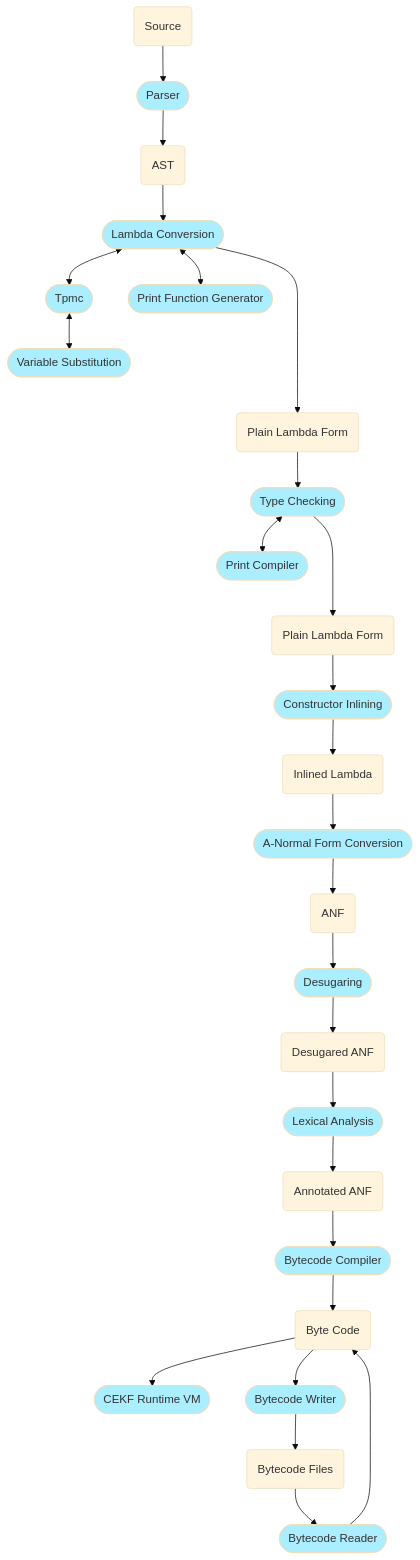
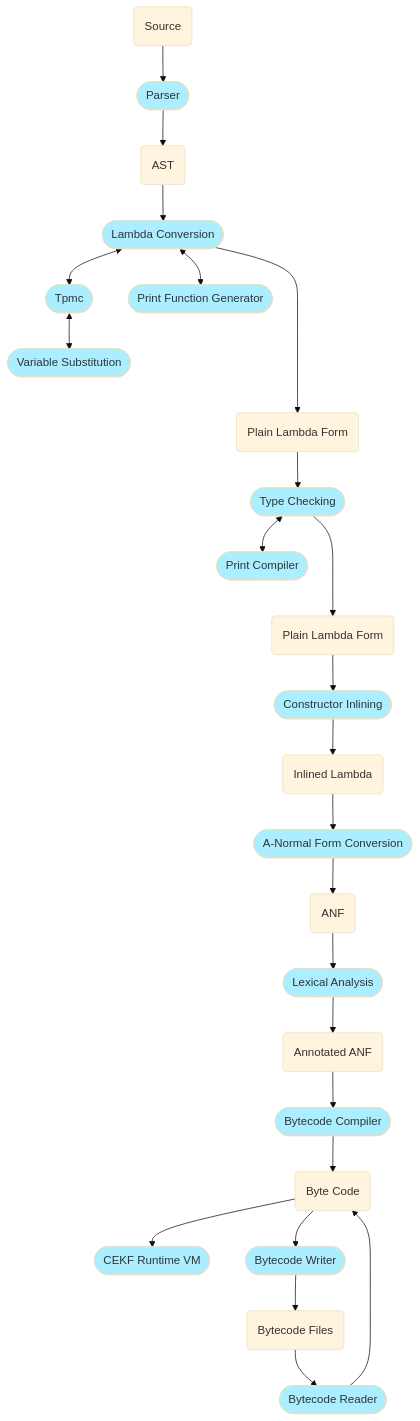
One commit to billhails/CEKF changed the diagram in README.md. Above: the diagram before and after it, drawn with Mermaid (base theme). The commit also changed other lines of this file and 23 other files, not shown here.

````diff
--- a/README.md
+++ b/README.md
@@ -67,29 +67,27 @@
 ```mermaid
 flowchart TD
 classDef process fill:#aef;
 source(Source) -->
 parser([Parser]):::process -->
 ast(AST) -->
 lc([Lambda Conversion]):::process <--> tpmc([Tpmc]):::process
 lc <--> pg([Print Function Generator]):::process
 tpmc <--> vs([Variable Substitution]):::process
 lc ----> lambda1(Plain Lambda Form)
 lambda1 --> tc([Type Checking]):::process
 tc <--> pc([Print Compiler]):::process
 tc ---> lambda2(Plain Lambda Form)
 lambda2 --> ci([Constructor Inlining]):::process
 ci --> lambda3(Inlined Lambda)
 lambda3 --> anfc([A-Normal Form Conversion]):::process
 anfc --> anf(ANF)
-anf --> desug([Desugaring]):::process
-desug --> danf(Desugared ANF)
-danf --> lexa([Lexical Analysis]):::process
+anf --> lexa([Lexical Analysis]):::process
 lexa --> ann(Annotated ANF)
 ann --> bcc([Bytecode Compiler]):::process
 bcc --> bc(Byte Code)
 bc --> cekf([CEKF Runtime VM]):::process
 bc --> bcw([Bytecode Writer]):::process
 bcw --> bcf(Bytecode Files)
 bcf --> bcr([Bytecode Reader]):::process
 bcr --> bc
 ```
````
